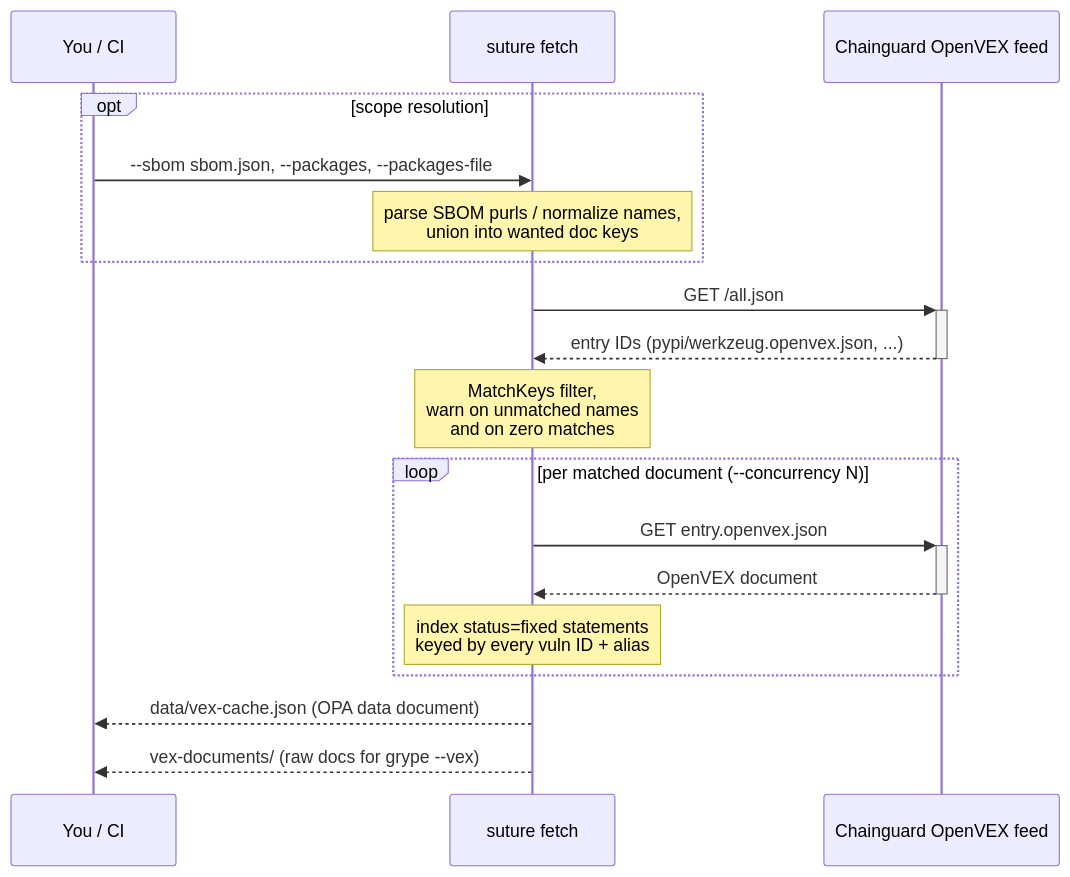
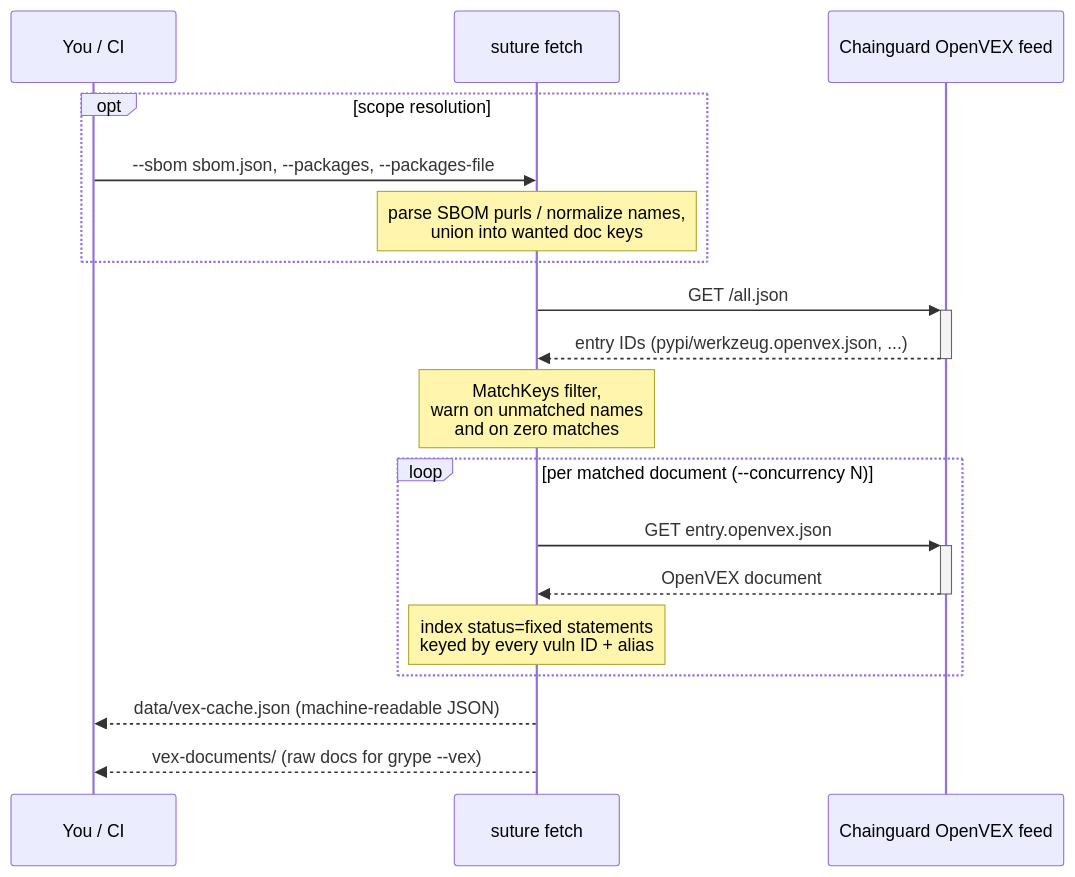
Before and after one commit to mental-lab/suture: the first of 2 diagrams in README.md, drawn with Mermaid. The commit also changed other lines of this file and 12 other files, not shown here.

````diff
--- a/README.md
+++ b/README.md
@@ -86,24 +84,24 @@
 ```mermaid
 sequenceDiagram
     participant CI as You / CI
     participant Suture as suture fetch
     participant Feed as Chainguard OpenVEX feed
 
     opt scope resolution
         CI ->> Suture: --sbom sbom.json, --packages, --packages-file
         Note over Suture: parse SBOM purls / normalize names,<br/>union into wanted doc keys
     end
 
     Suture ->>+ Feed: GET /all.json
     Feed -->>- Suture: entry IDs (pypi/werkzeug.openvex.json, ...)
     Note over Suture: MatchKeys filter,<br/>warn on unmatched names<br/>and on zero matches
 
     loop per matched document (--concurrency N)
         Suture ->>+ Feed: GET entry.openvex.json
         Feed -->>- Suture: OpenVEX document
         Note over Suture: index status=fixed statements<br/>keyed by every vuln ID + alias
     end
 
-    Suture -->> CI: data/vex-cache.json (OPA data document)
+    Suture -->> CI: data/vex-cache.json (machine-readable JSON)
     Suture -->> CI: vex-documents/ (raw docs for grype --vex)
 ```
````
